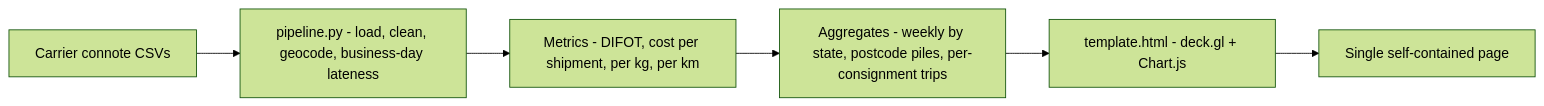
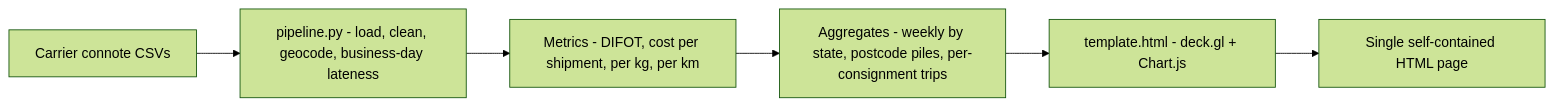
The diagram in my-lane-projects/difot-lens/README.md (darrengrundy/applied-ai-portfolio), drawn with Mermaid (forest theme) before and after one commit. The commit also changed other lines of this file and 2 other files, not shown here.

````diff
--- a/my-lane-projects/difot-lens/README.md
+++ b/my-lane-projects/difot-lens/README.md
@@ -46,8 +34,8 @@
 ```mermaid
 flowchart LR
   A[Carrier connote CSVs] --> P[pipeline.py - load, clean, geocode, business-day lateness]
   P --> M[Metrics - DIFOT, cost per shipment, per kg, per km]
   M --> J[Aggregates - weekly by state, postcode piles, per-consignment trips]
   J --> T[template.html - deck.gl + Chart.js]
-  T --> H[Single self-contained page]
+  T --> H[Single self-contained HTML page]
 ```
````
